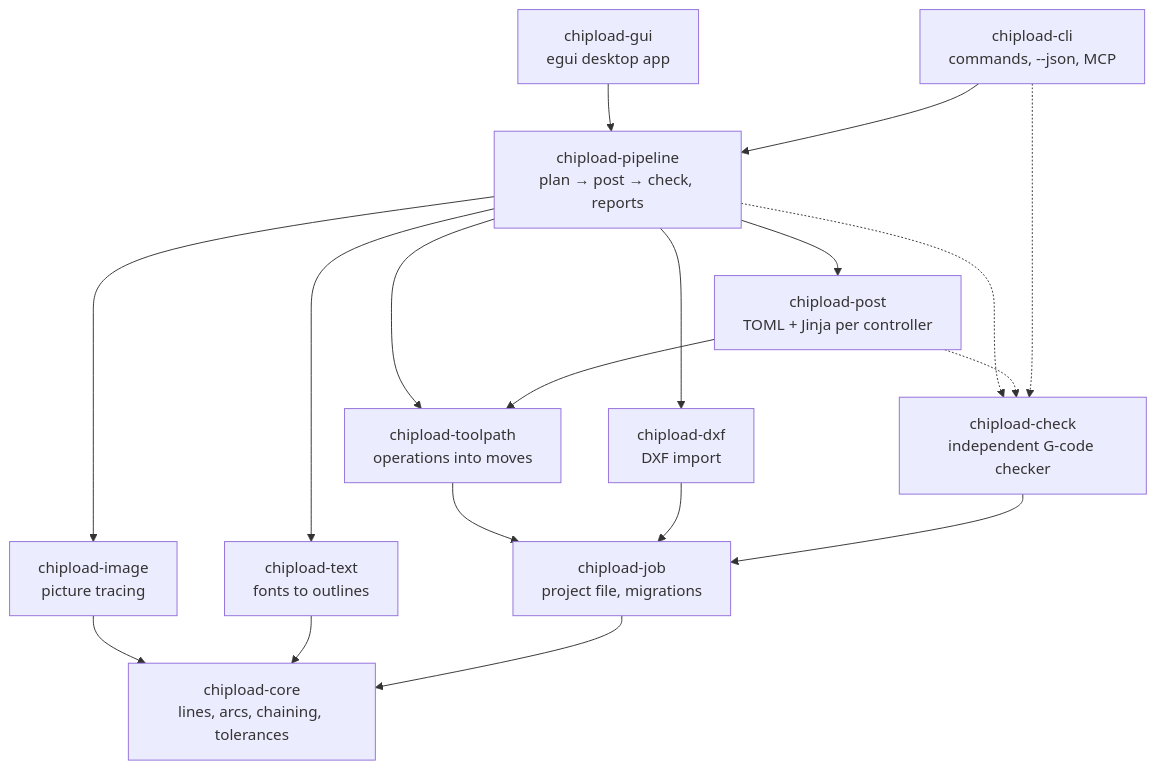
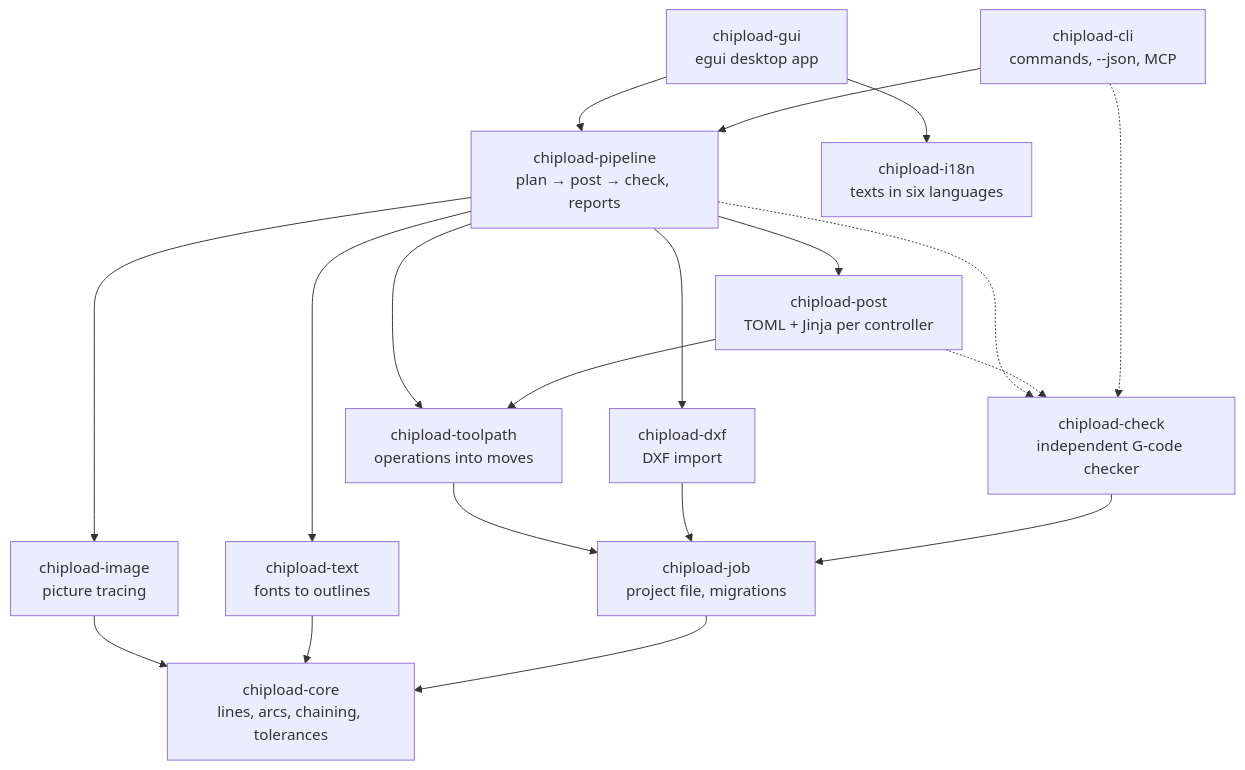
Before and after one commit to chipload/chipload: the diagram in docs/architecture.md, drawn with Mermaid. The commit also changed other lines of this file and 268 other files, not shown here.

````diff
--- a/docs/architecture.md
+++ b/docs/architecture.md
@@ -15,19 +15,21 @@
 ```mermaid
 flowchart TB
     gui["chipload-gui<br/>egui desktop app"] --> pipeline
     cli["chipload-cli<br/>commands, --json, MCP"] --> pipeline
     pipeline["chipload-pipeline<br/>plan → post → check, reports"] --> post
     pipeline --> toolpath & dxf & image & text
     post["chipload-post<br/>TOML + Jinja per controller"] --> toolpath
     toolpath["chipload-toolpath<br/>operations into moves"] --> job
     dxf["chipload-dxf<br/>DXF import"] --> job
     image["chipload-image<br/>picture tracing"] --> core
     text["chipload-text<br/>fonts to outlines"] --> core
     job["chipload-job<br/>project file, migrations"] --> core
     core["chipload-core<br/>lines, arcs, chaining, tolerances"]
+    i18n["chipload-i18n<br/>texts in six languages"]
+    gui --> i18n
 
     check["chipload-check<br/>independent G-code checker"] --> job
     pipeline -.-> check
     post -.-> check
     cli -.-> check
 ```
````
